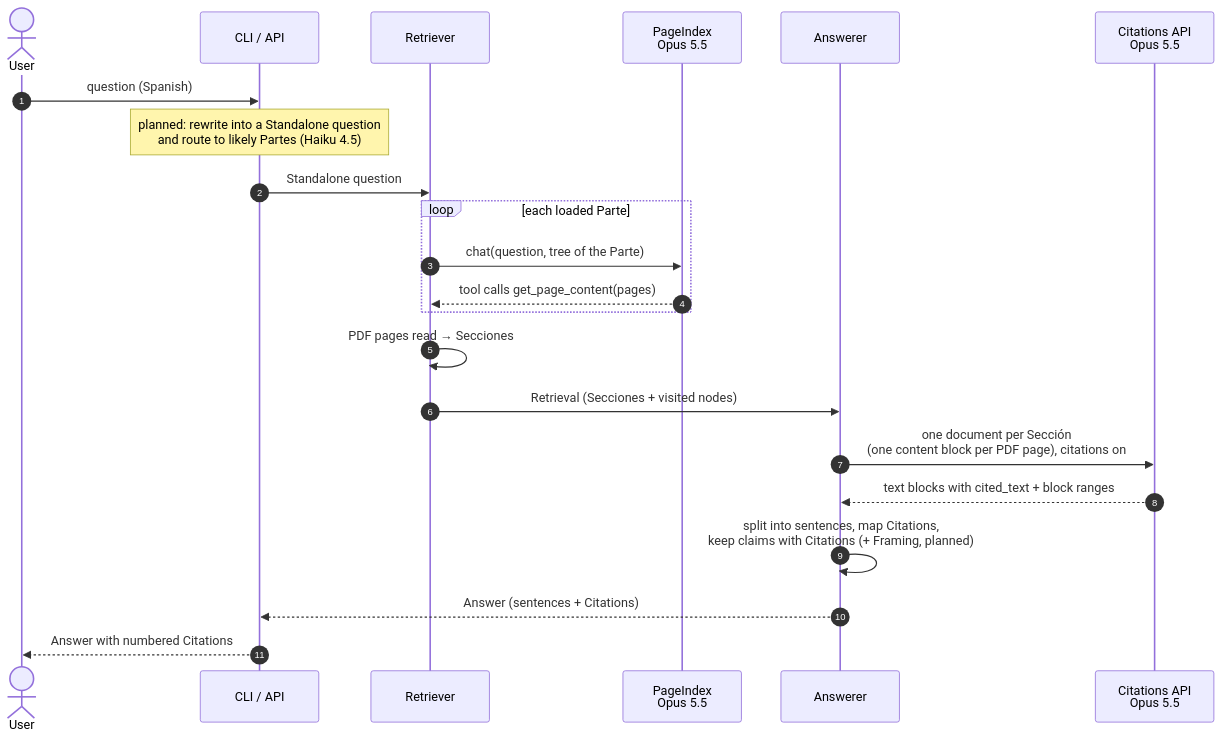
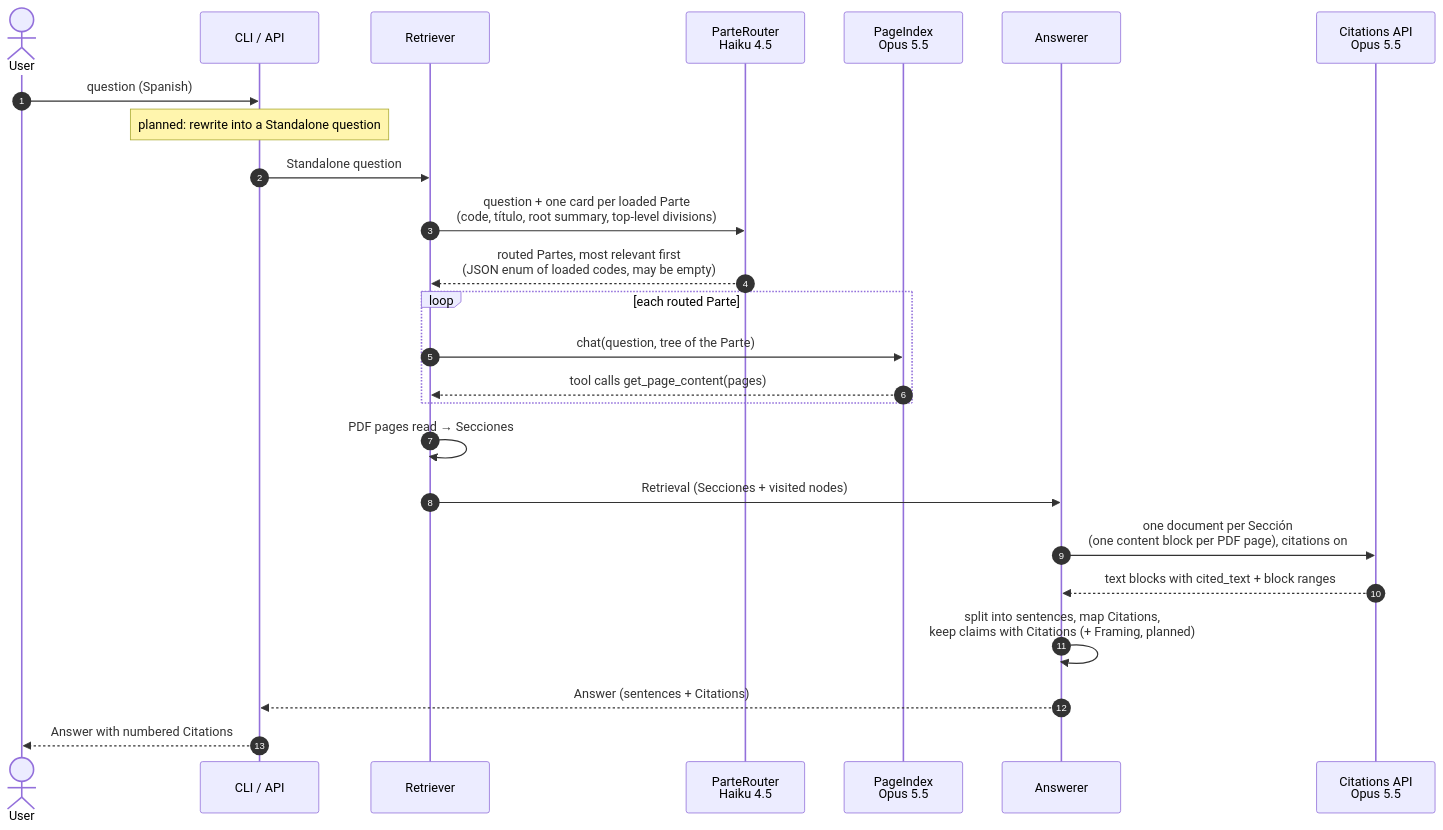
The diagram in docs/diagrams/answering.mmd (Guernik/raac-rag), drawn with Mermaid before and after one commit. The commit also changed 26 other files, not shown here.

First line of the commit message:
Parte routing across Partes 1, 61, 67, 91 (#35)

```diff
--- a/docs/diagrams/answering.mmd
+++ b/docs/diagrams/answering.mmd
@@ -1,23 +1,26 @@
 sequenceDiagram
     autonumber
     actor U as User
     participant C as CLI / API
     participant R as Retriever
+    participant RT as ParteRouter<br/>Haiku 4.5
     participant P as PageIndex<br/>Opus 5.5
     participant A as Answerer
     participant L as Citations API<br/>Opus 5.5
 
     U->>C: question (Spanish)
-    Note over C: planned: rewrite into a Standalone question<br/>and route to likely Partes (Haiku 4.5)
+    Note over C: planned: rewrite into a Standalone question
     C->>R: Standalone question
-    loop each loaded Parte
+    R->>RT: question + one card per loaded Parte<br/>(code, título, root summary, top-level divisions)
+    RT-->>R: routed Partes, most relevant first<br/>(JSON enum of loaded codes, may be empty)
+    loop each routed Parte
         R->>P: chat(question, tree of the Parte)
         P-->>R: tool calls get_page_content(pages)
     end
     R->>R: PDF pages read → Secciones
     R->>A: Retrieval (Secciones + visited nodes)
     A->>L: one document per Sección<br/>(one content block per PDF page), citations on
     L-->>A: text blocks with cited_text + block ranges
     A->>A: split into sentences, map Citations,<br/>keep claims with Citations (+ Framing, planned)
     A-->>C: Answer (sentences + Citations)
     C-->>U: Answer with numbered Citations
```
